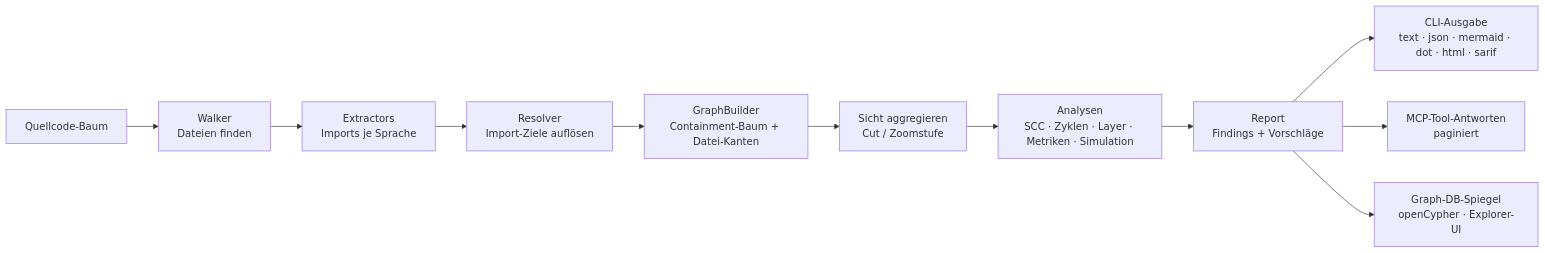
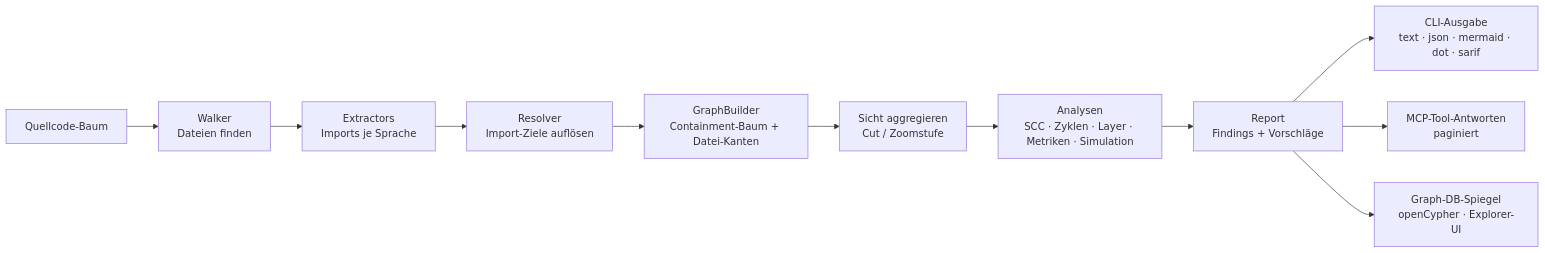
The first of 2 diagrams in ARCHITECTURE_DE.md (svenhartmann/ArchGuard), drawn with Mermaid before and after one commit. The commit also changed other lines of this file and 34 other files, not shown here.

````diff
--- a/ARCHITECTURE_DE.md
+++ b/ARCHITECTURE_DE.md
@@ -55,13 +55,13 @@
 ```mermaid
 graph LR
     A[Quellcode-Baum] --> B[Walker<br/>Dateien finden]
     B --> C[Extractors<br/>Imports je Sprache]
     C --> D[Resolver<br/>Import-Ziele auflösen]
     D --> E[GraphBuilder<br/>Containment-Baum + Datei-Kanten]
     E --> V[Sicht aggregieren<br/>Cut / Zoomstufe]
     V --> F[Analysen<br/>SCC · Zyklen · Layer · Metriken · Simulation]
     F --> G[Report<br/>Findings + Vorschläge]
-    G --> H1[CLI-Ausgabe<br/>text · json · mermaid · dot · html · sarif]
+    G --> H1[CLI-Ausgabe<br/>text · json · mermaid · dot · sarif]
     G --> H2[MCP-Tool-Antworten<br/>paginiert]
     G --> H3[Graph-DB-Spiegel<br/>openCypher · Explorer-UI]
 ```
````
